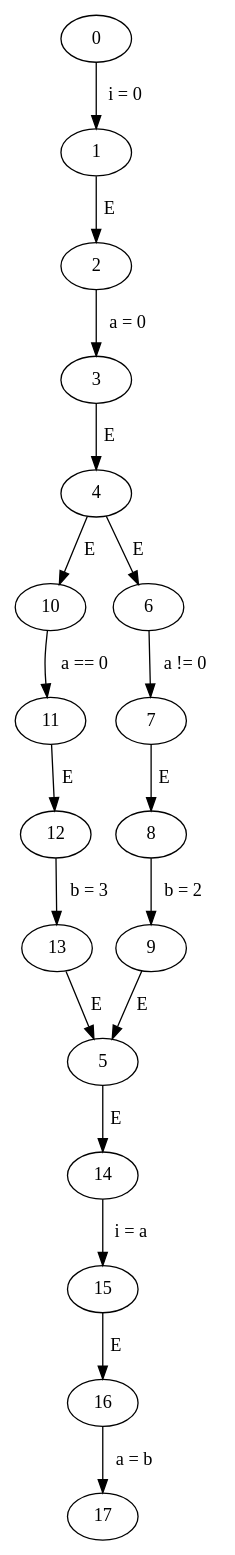
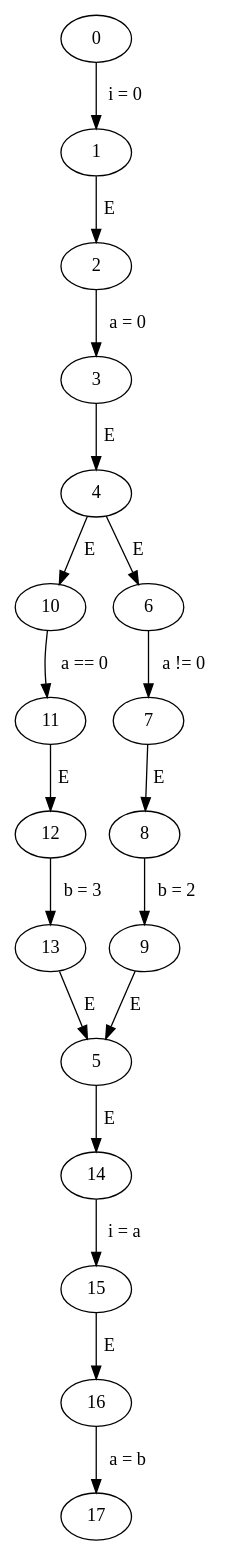
Before and after one commit to Harman309/project6: the diagram in code/graphs/if/if.gv, drawn with Graphviz. The commit also changed other lines of this file and 14 other files, not shown here.

```diff
--- a/code/graphs/if/if.gv
+++ b/code/graphs/if/if.gv
@@ -1,21 +1,21 @@
 // if
 digraph {
+	3 -> 4 [label=" E "]
+	12 -> 13 [label=" b = 3 "]
+	15 -> 16 [label=" E "]
+	2 -> 3 [label=" a = 0 "]
+	11 -> 12 [label=" E "]
+	9 -> 5 [label=" E "]
+	1 -> 2 [label=" E "]
+	13 -> 5 [label=" E "]
+	8 -> 9 [label=" b = 2 "]
+	7 -> 8 [label=" E "]
 	14 -> 15 [label=" i = a "]
 	4 -> 10 [label=" E "]
 	5 -> 14 [label=" E "]
 	0 -> 1 [label=" i = 0 "]
 	10 -> 11 [label=" a == 0 "]
 	4 -> 6 [label=" E "]
 	16 -> 17 [label=" a = b "]
 	6 -> 7 [label=" a != 0 "]
-	3 -> 4 [label=" E "]
-	15 -> 16 [label=" E "]
-	12 -> 13 [label=" b = 3 "]
-	2 -> 3 [label=" a = 0 "]
-	11 -> 12 [label=" E "]
-	9 -> 5 [label=" E "]
-	1 -> 2 [label=" E "]
-	13 -> 5 [label=" E "]
-	8 -> 9 [label=" b = 2 "]
-	7 -> 8 [label=" E "]
 }
```
